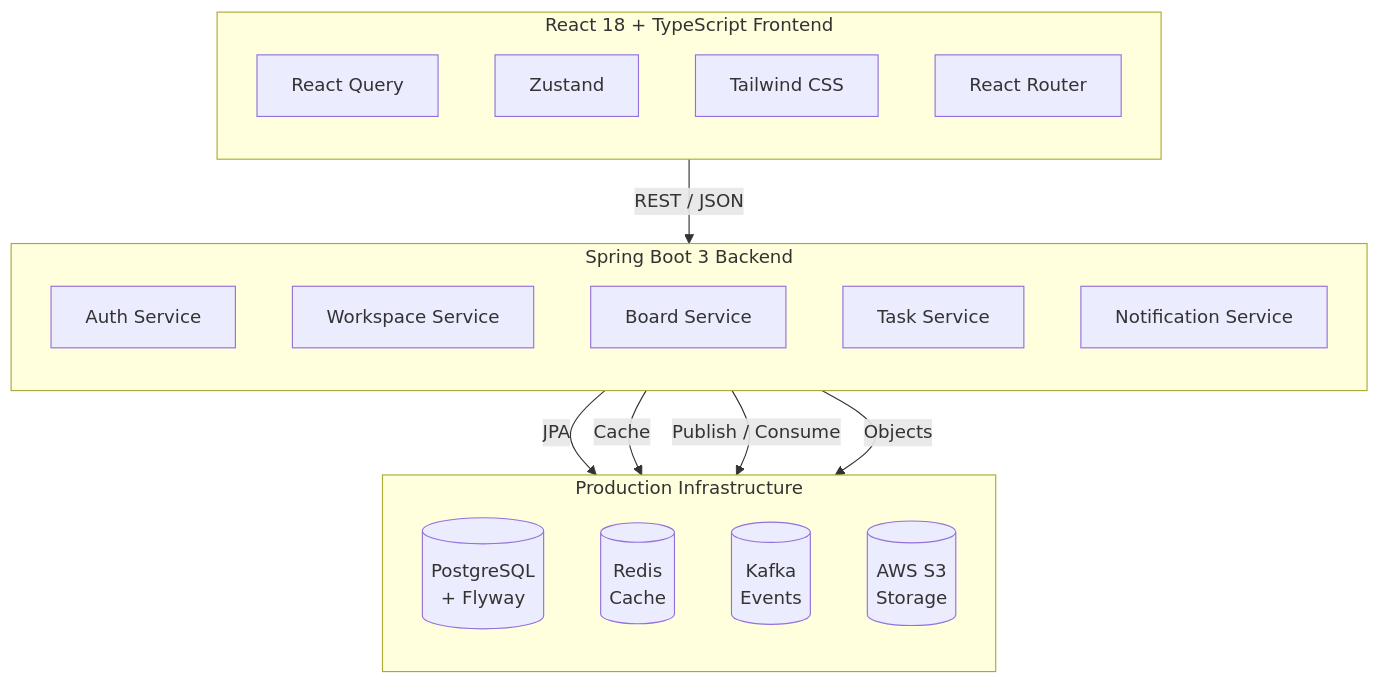
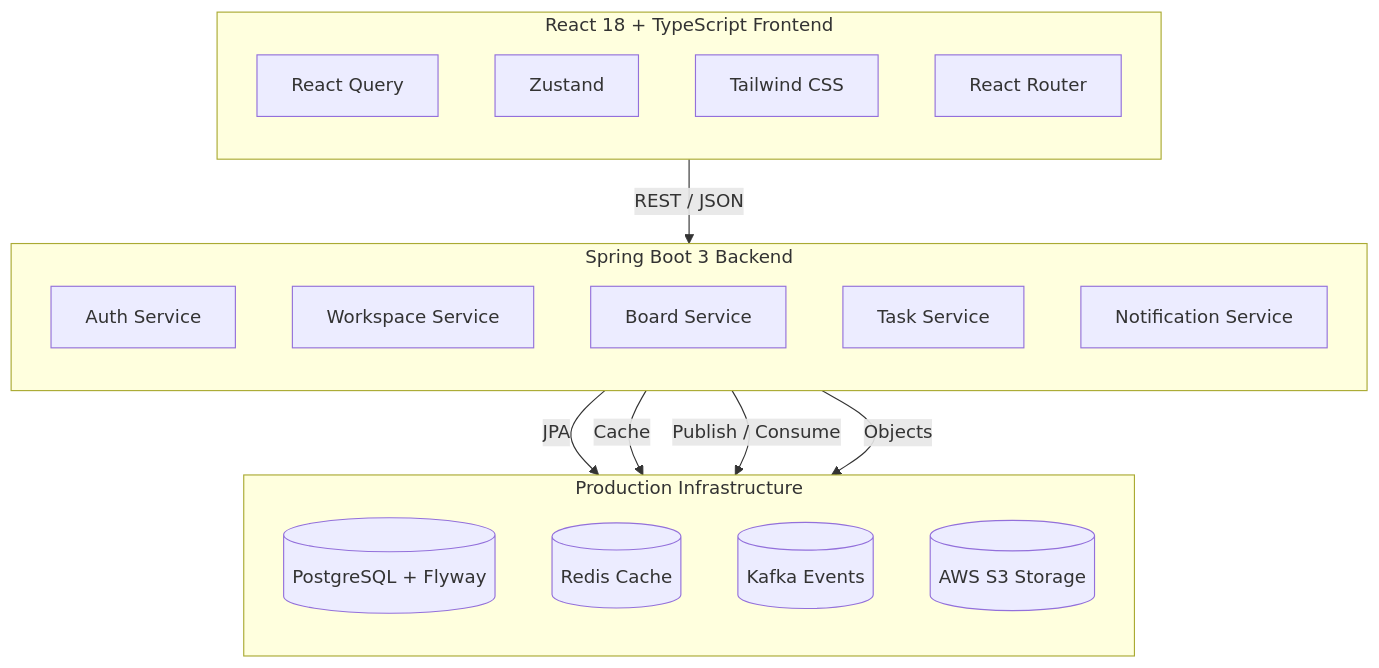
Before and after one commit to pratik20gb/cod8flow: the diagram in README.md, drawn with Mermaid. The commit also changed other lines of this file, not shown here.

First line of the commit message:
docs: redesign README with brand assets, live domain, and updated roadmap

````diff
--- a/README.md
+++ b/README.md
@@ -88,33 +98,33 @@
 ```mermaid
 flowchart TB
     subgraph Frontend["React 18 + TypeScript Frontend"]
         direction TB
         RQ[React Query]
         Z[Zustand]
         TW[Tailwind CSS]
         RR[React Router]
     end
 
     subgraph Backend["Spring Boot 3 Backend"]
         direction TB
         Auth[Auth Service]
         WS[Workspace Service]
         Board[Board Service]
         Task[Task Service]
         Notif[Notification Service]
     end
 
     subgraph Infrastructure["Production Infrastructure"]
         direction TB
-        PG[(PostgreSQL<br/>+ Flyway)]
-        RED[(Redis<br/>Cache)]
-        KAFKA[(Kafka<br/>Events)]
-        S3[(AWS S3<br/>Storage)]
+        PG[(PostgreSQL + Flyway)]
+        RED[(Redis Cache)]
+        KAFKA[(Kafka Events)]
+        S3[(AWS S3 Storage)]
     end
 
     Frontend -->|REST / JSON| Backend
     Backend -->|JPA| PG
     Backend -->|Cache| RED
     Backend -->|Publish / Consume| KAFKA
     Backend -->|Objects| S3
 ```
````
